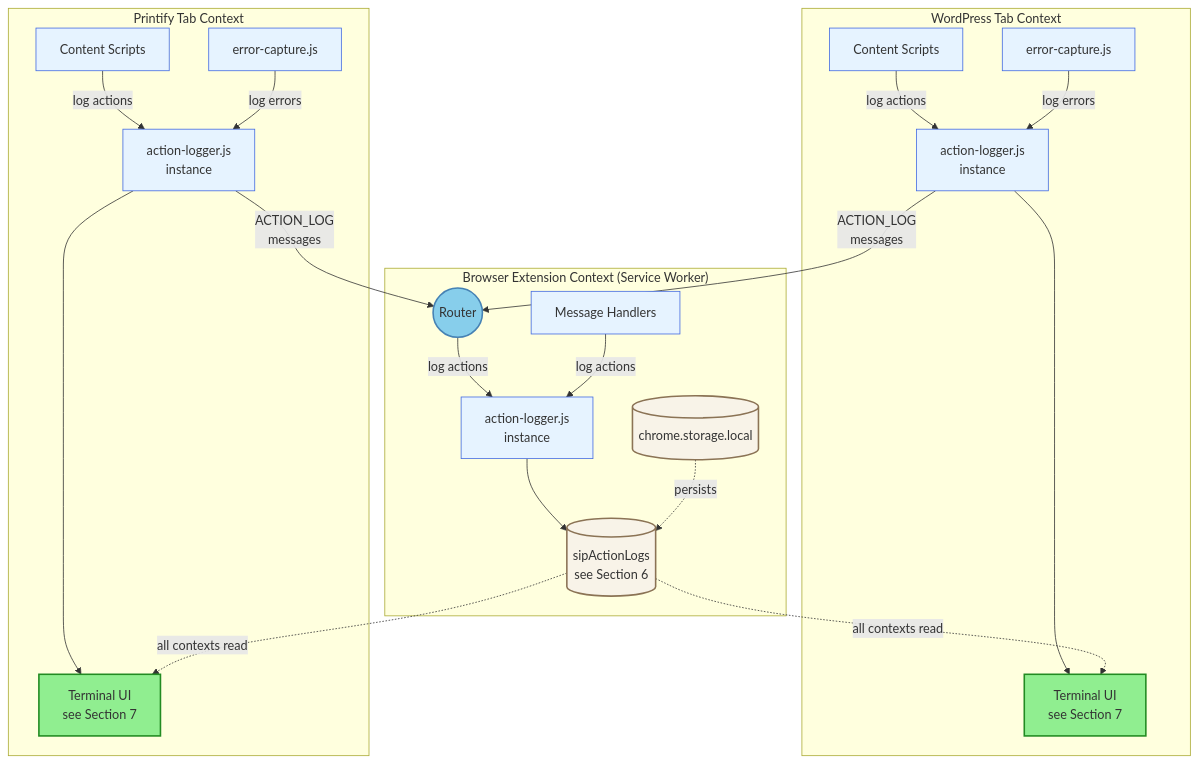
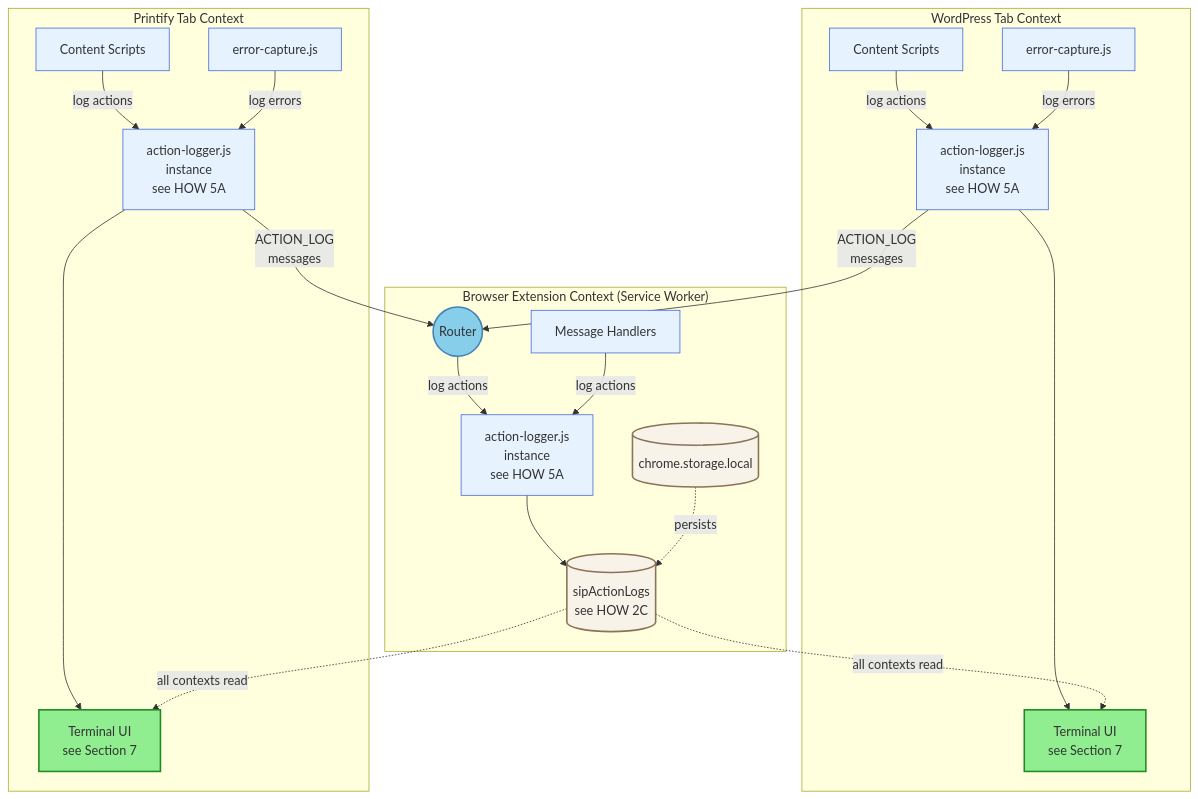
Before and after one commit to tdemelle-SiP/.claude: the fourth of 5 diagrams in guidelines/sip-printify-manager-extension-guidelines-v2.md, drawn with Mermaid. The commit also changed other lines of this file, not shown here.

First line of the commit message:
moved the storage   documentation from Section 6 into the main   architecture block as section 2C. The changes   include:

````diff
--- a/guidelines/sip-printify-manager-extension-guidelines-v2.md
+++ b/guidelines/sip-printify-manager-extension-guidelines-v2.md
@@ -489,53 +528,53 @@
 ```mermaid
 graph TD
   subgraph "Browser Extension Context (Service Worker)"
     Router((Router))
     Handlers[Message Handlers]
     Storage[(chrome.storage.local)]
-    ActionLog[(sipActionLogs<br/>see Section 6)]
+    ActionLog[(sipActionLogs<br/>see HOW 2C)]
     
-    Router --> |log actions| AL_SW[action-logger.js<br/>instance]
+    Router --> |log actions| AL_SW[action-logger.js<br/>instance<br/>see HOW 5A]
     Handlers --> |log actions| AL_SW
     AL_SW --> ActionLog
     Storage -. persists .-> ActionLog
   end
   
   subgraph "WordPress Tab Context"
     WPScripts[Content Scripts]
     WPError[error-capture.js]
-    AL_WP[action-logger.js<br/>instance]
+    AL_WP[action-logger.js<br/>instance<br/>see HOW 5A]
     Terminal1[Terminal UI<br/>see Section 7]
     
     WPScripts --> |log actions| AL_WP
     WPError --> |log errors| AL_WP
     AL_WP -->|ACTION_LOG<br/>messages| Router
     AL_WP --> Terminal1
   end
   
   subgraph "Printify Tab Context"
     PScripts[Content Scripts]
     PError[error-capture.js]
-    AL_P[action-logger.js<br/>instance]
+    AL_P[action-logger.js<br/>instance<br/>see HOW 5A]
     Terminal2[Terminal UI<br/>see Section 7]
     
     PScripts --> |log actions| AL_P
     PError --> |log errors| AL_P
     AL_P -->|ACTION_LOG<br/>messages| Router
     AL_P --> Terminal2
   end
   
   %% Cross-context log sharing
   ActionLog -.->|all contexts read| Terminal1
   ActionLog -.->|all contexts read| Terminal2
   
   %% Apply styles to match main architecture
   classDef userFacingStyle fill:#90EE90,stroke:#228B22,stroke-width:2px
   classDef routerStyle fill:#87CEEB,stroke:#4682B4,stroke-width:2px
   classDef scriptStyle fill:#E6F3FF,stroke:#4169E1,stroke-width:1px
   classDef storageStyle fill:#F8F3E8,stroke:#8B7355,stroke-width:2px
   
   class Terminal1,Terminal2 userFacingStyle
   class Router routerStyle
   class WPScripts,PScripts,WPError,PError,AL_SW,AL_WP,AL_P,Handlers scriptStyle
   class Storage,ActionLog storageStyle
 ```
````
